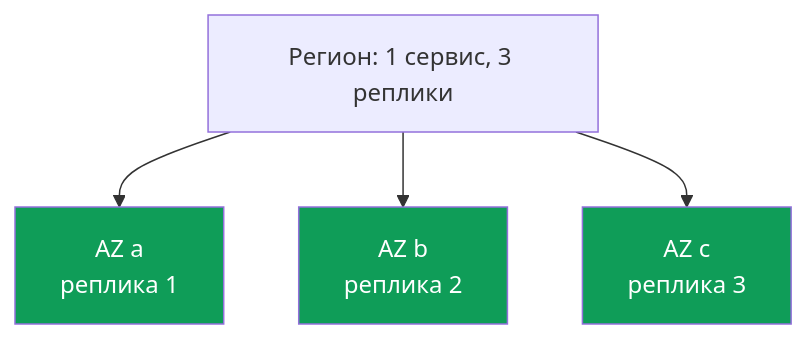
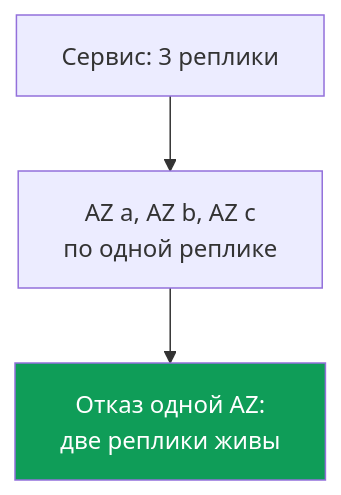
The first of 3 diagrams in tasks/eks/course/40/ru.md (ViktorUJ/cks), drawn with Mermaid before and after one commit. The commit also changed other lines of this file and 52 other files, not shown here.

````diff
--- a/tasks/eks/course/40/ru.md
+++ b/tasks/eks/course/40/ru.md
@@ -51,13 +51,9 @@
 ```mermaid
 flowchart TB
-    r["Регион: 1 сервис, 3 реплики"]
-    a["AZ a<br>реплика 1"]
-    b["AZ b<br>реплика 2"]
-    c["AZ c<br>реплика 3"]
-    r --> a
-    r --> b
-    r --> c
-    style a fill:#0f9d58,color:#fff
-    style b fill:#0f9d58,color:#fff
-    style c fill:#0f9d58,color:#fff
+    svc["Сервис: 3 реплики"]
+    zones["AZ a, AZ b, AZ c<br/>по одной реплике"]
+    fail["Отказ одной AZ:<br/>две реплики живы"]
+    svc --> zones
+    zones --> fail
+    style fail fill:#0f9d58,color:#fff
 ```
````
